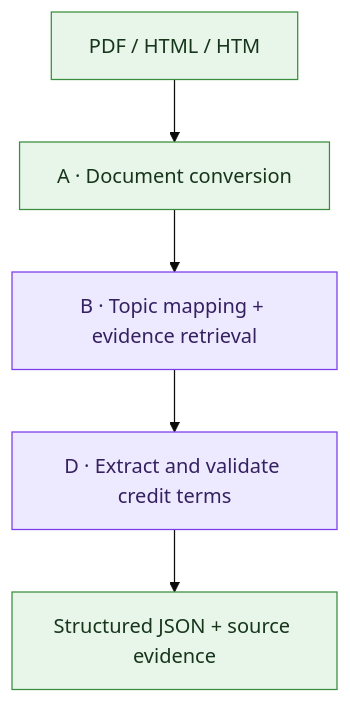
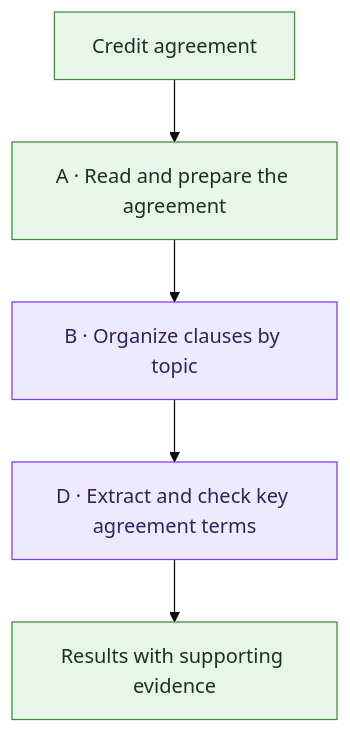
One commit to Ashrit-K/credit-agreement-parsing changed the first of 2 diagrams in README.md. Above: the diagram before and after it, drawn with Mermaid (base theme). The commit also changed other lines of this file, not shown here.

````diff
--- a/README.md
+++ b/README.md
@@ -17,12 +17,12 @@
 ```mermaid
 flowchart TD
-    Input["PDF / HTML / HTM"] --> A["A · Document conversion"]
-    A --> B["B · Topic mapping + evidence retrieval"]
-    B --> D["D · Extract and validate credit terms"]
-    D --> Output["Structured JSON + source evidence"]
+    Input["Credit agreement"] --> A["A · Read and prepare the agreement"]
+    A --> B["B · Organize clauses by topic"]
+    B --> D["D · Extract and check key agreement terms"]
+    D --> Output["Results with supporting evidence"]
 
     classDef implemented fill:#e8f5e9,stroke:#388e3c,color:#16351b;
     classDef cognitive fill:#ede9fe,stroke:#7c3aed,color:#352060;
     class Input,A,Output implemented;
     class B,D cognitive;
 ```
````
